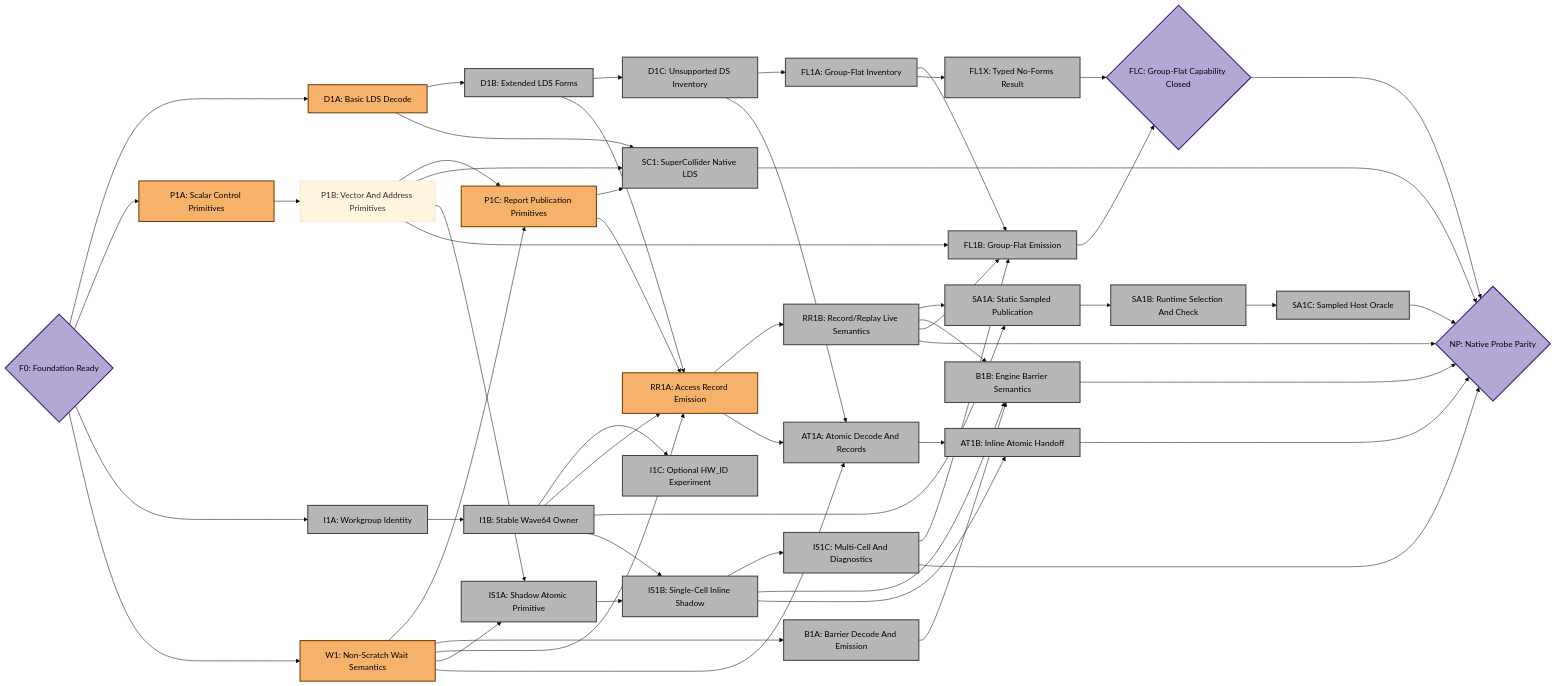
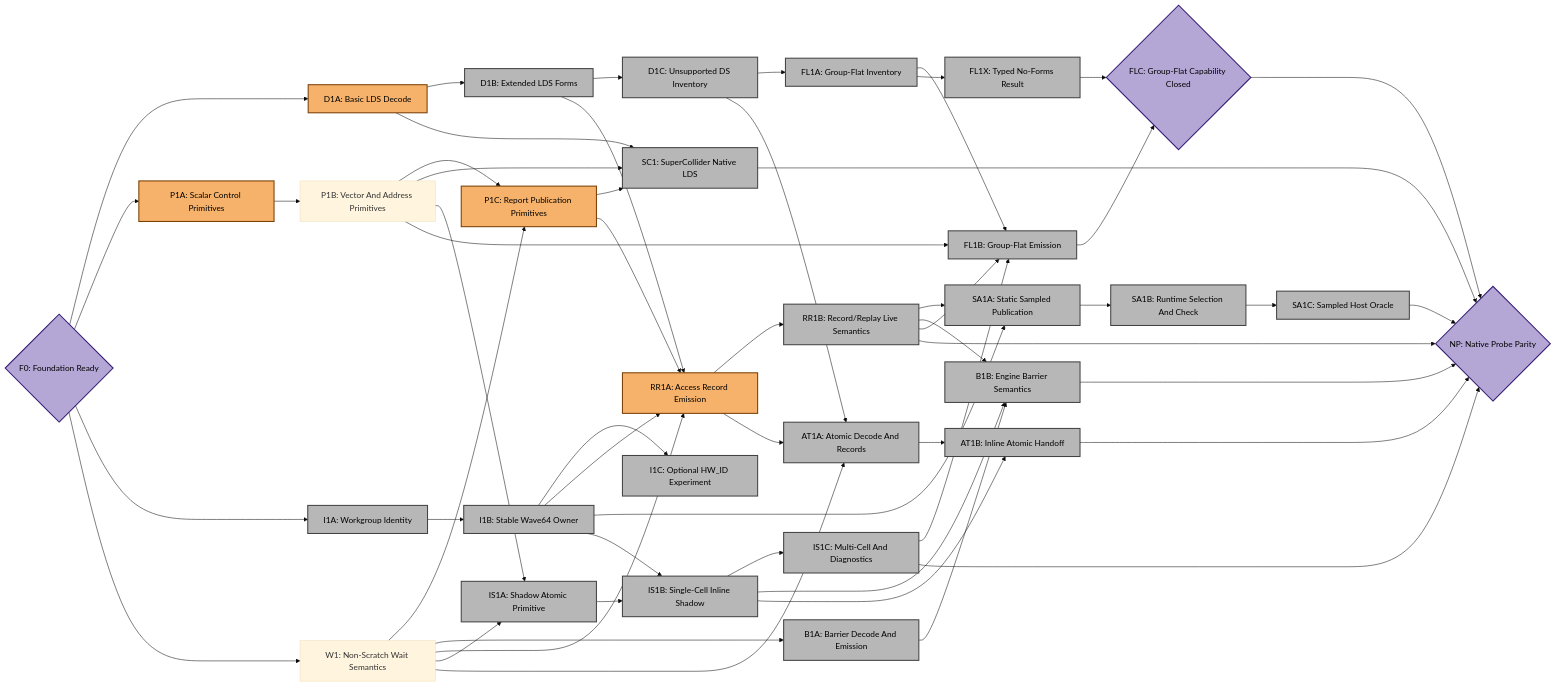
One commit to ROCm/rocm-systems changed the third of 4 diagrams in emulation/rocjitsu/docs/consan/PLAN_GFX950.md. Above: the diagram before and after it, drawn with Mermaid (base theme). The commit also changed other lines of this file and 2 other files, not shown here.

Commit message:
rocjitsu: dispatch gfx950 non-scratch waits

```diff
--- a/emulation/rocjitsu/docs/consan/PLAN_GFX950.md
+++ b/emulation/rocjitsu/docs/consan/PLAN_GFX950.md
@@ -209,7 +213,7 @@
   I1A["I1A: Workgroup Identity"]:::todo
   I1B["I1B: Stable Wave64 Owner"]:::todo
   I1C["I1C: Optional HW_ID Experiment"]:::todo
-  W1["W1: Non-Scratch Wait Semantics"]:::active
+  W1["W1: Non-Scratch Wait Semantics"]:::done
   B1A["B1A: Barrier Decode And Emission"]:::todo
   B1B["B1B: Engine Barrier Semantics"]:::todo
   SC1["SC1: SuperCollider Native LDS"]:::todo
```
